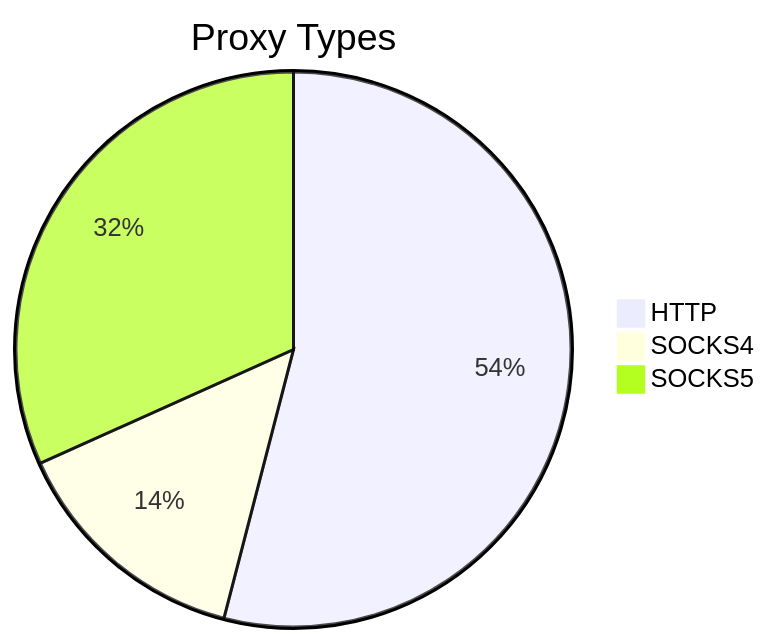
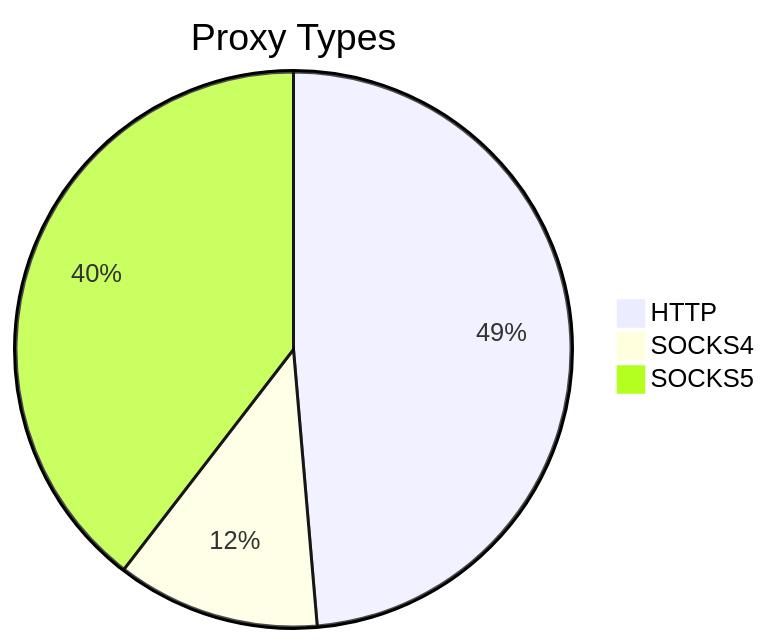
Before and after one commit to stormsia/proxy-list: the first of 2 diagrams in README.md, drawn with Mermaid. The commit also changed other lines of this file, not shown here.

````diff
--- a/README.md
+++ b/README.md
@@ -21,6 +21,6 @@
 ```mermaid
 pie title Proxy Types
-    "HTTP" : 201
-    "SOCKS4" : 53
-    "SOCKS5" : 118
+    "HTTP" : 107
+    "SOCKS4" : 26
+    "SOCKS5" : 87
 ```
````
